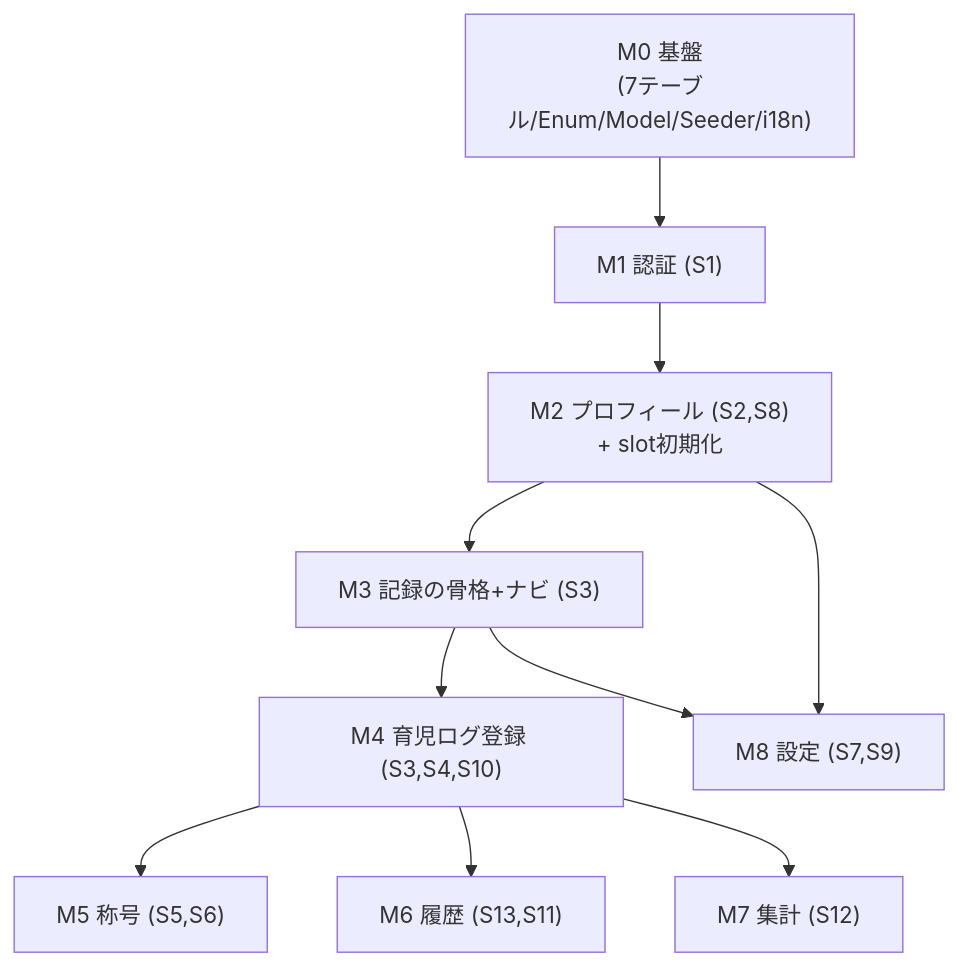
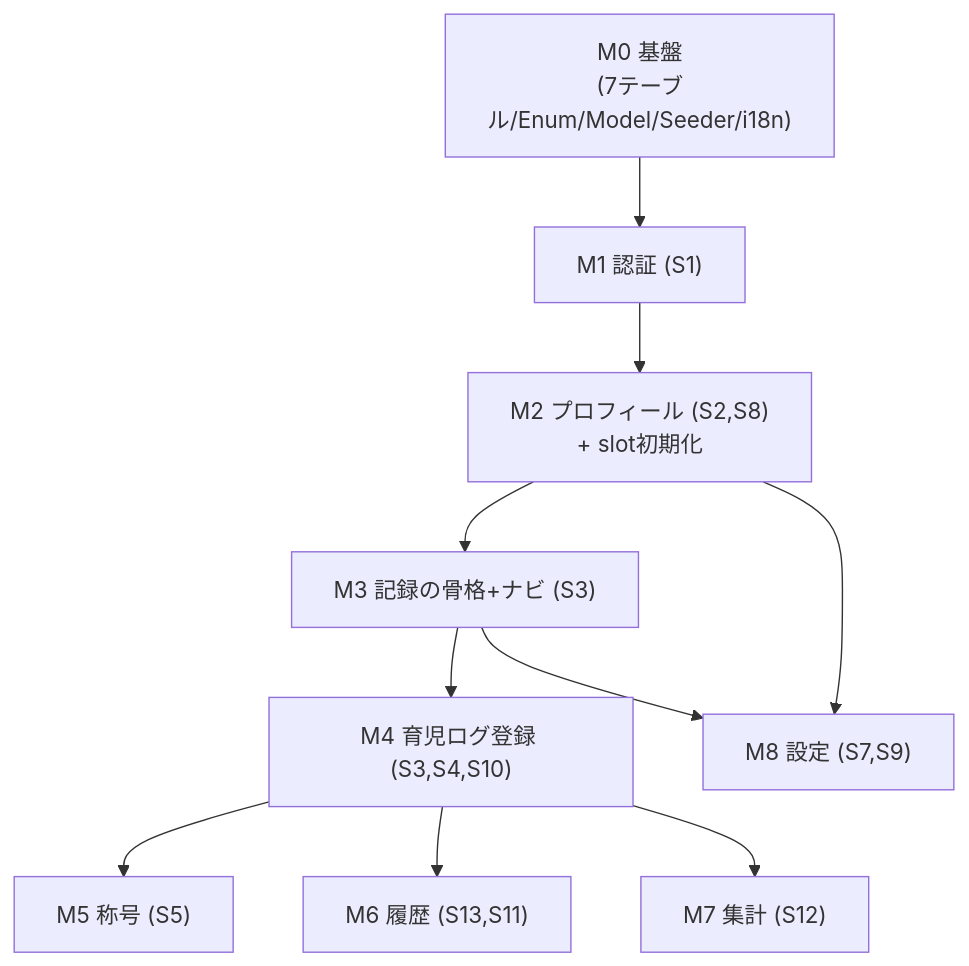
One commit to sawatch-fisherman/father-parenting-log changed the diagram in docs/implementation-plan.md. Above: the diagram before and after it, drawn with Mermaid. The commit also changed other lines of this file and 12 other files, not shown here.

````diff
--- a/docs/implementation-plan.md
+++ b/docs/implementation-plan.md
@@ -32,12 +32,12 @@
 ```mermaid
 flowchart TD
     M0["M0 基盤<br>(7テーブル/Enum/Model/Seeder/i18n)"] --> M1["M1 認証 (S1)"]
     M1 --> M2["M2 プロフィール (S2,S8)<br>+ slot初期化"]
     M2 --> M3["M3 記録の骨格+ナビ (S3)"]
     M3 --> M4["M4 育児ログ登録 (S3,S4,S10)"]
-    M4 --> M5["M5 称号 (S5,S6)"]
+    M4 --> M5["M5 称号 (S5)"]
     M4 --> M6["M6 履歴 (S13,S11)"]
     M4 --> M7["M7 集計 (S12)"]
     M2 --> M8["M8 設定 (S7,S9)"]
     M3 --> M8
 ```
````
